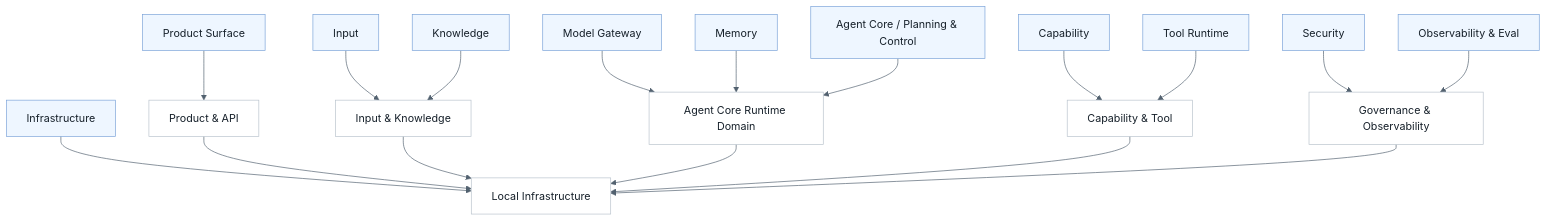
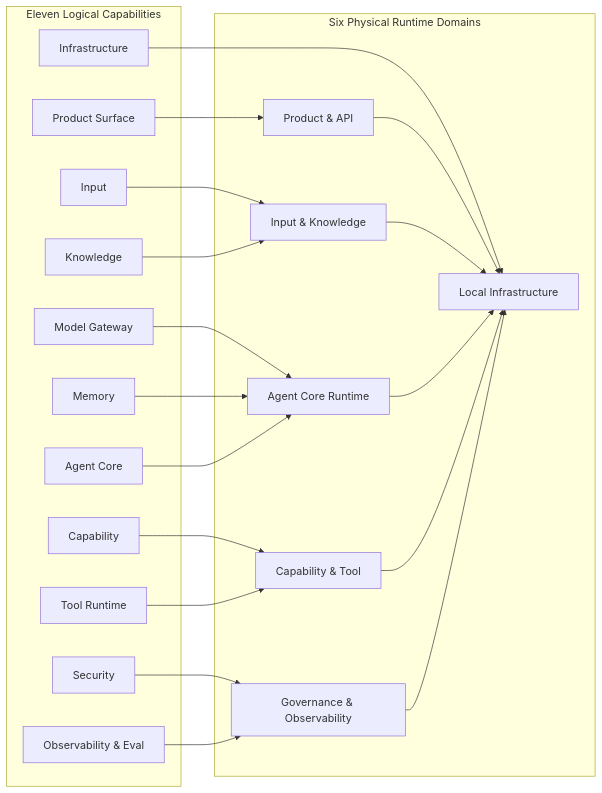
Before and after one commit to ProfessorZhi/Zuno: diagram 16 of 30 in docs/architecture/architecture.md, drawn with Mermaid. The commit also changed other lines of this file, not shown here.

Commit message:
Rebuild architecture atlas with canonical Mermaid views

````diff
--- a/docs/architecture/architecture.md
+++ b/docs/architecture/architecture.md
@@ -772,46 +620,43 @@
 ```mermaid
-%%{init: {"theme": "base", "themeVariables": {"background": "#f7f8fb", "lineColor": "#52616f"}}}%%
-flowchart TB
-  classDef domain fill:#ffffff,stroke:#b8c2cc,stroke-width:1px,color:#16202a;
-  classDef logical fill:#eef6ff,stroke:#7aa2d8,stroke-width:1px,color:#16202a;
+flowchart LR
+  subgraph LOGICAL["Eleven Logical Capabilities"]
+    PS["Product Surface"]
+    IN["Input"]
+    KN["Knowledge"]
+    MG["Model Gateway"]
+    MM["Memory"]
+    AC["Agent Core"]
+    CP["Capability"]
+    TR["Tool Runtime"]
+    SEC["Security"]
+    OBS["Observability & Eval"]
+    INF["Infrastructure"]
+  end
 
-  ProductDomain["Product & API"]
-  InputDomain["Input & Knowledge"]
-  AgentDomain["Agent Core Runtime Domain"]
-  CapabilityDomain["Capability & Tool"]
-  GovDomain["Governance & Observability"]
-  InfraDomain["Local Infrastructure"]
+  subgraph PHYSICAL["Six Physical Runtime Domains"]
+    PRODUCT["Product & API"]
+    IK["Input & Knowledge"]
+    AGENT["Agent Core Runtime"]
+    CT["Capability & Tool"]
+    GOV["Governance & Observability"]
+    LOCAL["Local Infrastructure"]
+  end
 
-  ProductSurface["Product Surface"]
-  Input["Input"]
-  Knowledge["Knowledge"]
-  Model["Model Gateway"]
-  Memory["Memory"]
-  Planning["Agent Core / Planning & Control"]
-  Capability["Capability"]
-  ToolRuntime["Tool Runtime"]
-  Security["Security"]
-  Observability["Observability & Eval"]
-  Infrastructure["Infrastructure"]
+  PS --> PRODUCT
+  IN --> IK
+  KN --> IK
+  MG --> AGENT
+  MM --> AGENT
+  AC --> AGENT
+  CP --> CT
+  TR --> CT
+  SEC --> GOV
+  OBS --> GOV
+  INF --> LOCAL
 
-  ProductSurface --> ProductDomain
-  Input --> InputDomain
-  Knowledge --> InputDomain
-  Model --> AgentDomain
-  Memory --> AgentDomain
-  Planning --> AgentDomain
-  Capability --> CapabilityDomain
-  ToolRuntime --> CapabilityDomain
-  Security --> GovDomain
-  Observability --> GovDomain
-  Infrastructure --> InfraDomain
-
-  ProductDomain --> InfraDomain
-  InputDomain --> InfraDomain
-  AgentDomain --> InfraDomain
-  CapabilityDomain --> InfraDomain
-  GovDomain --> InfraDomain
-
-  class ProductDomain,InputDomain,AgentDomain,CapabilityDomain,GovDomain,InfraDomain domain;
-  class ProductSurface,Input,Knowledge,Model,Memory,Planning,Capability,ToolRuntime,Security,Observability,Infrastructure logical;
+  PRODUCT --> LOCAL
+  IK --> LOCAL
+  AGENT --> LOCAL
+  CT --> LOCAL
+  GOV --> LOCAL
 ```
````
